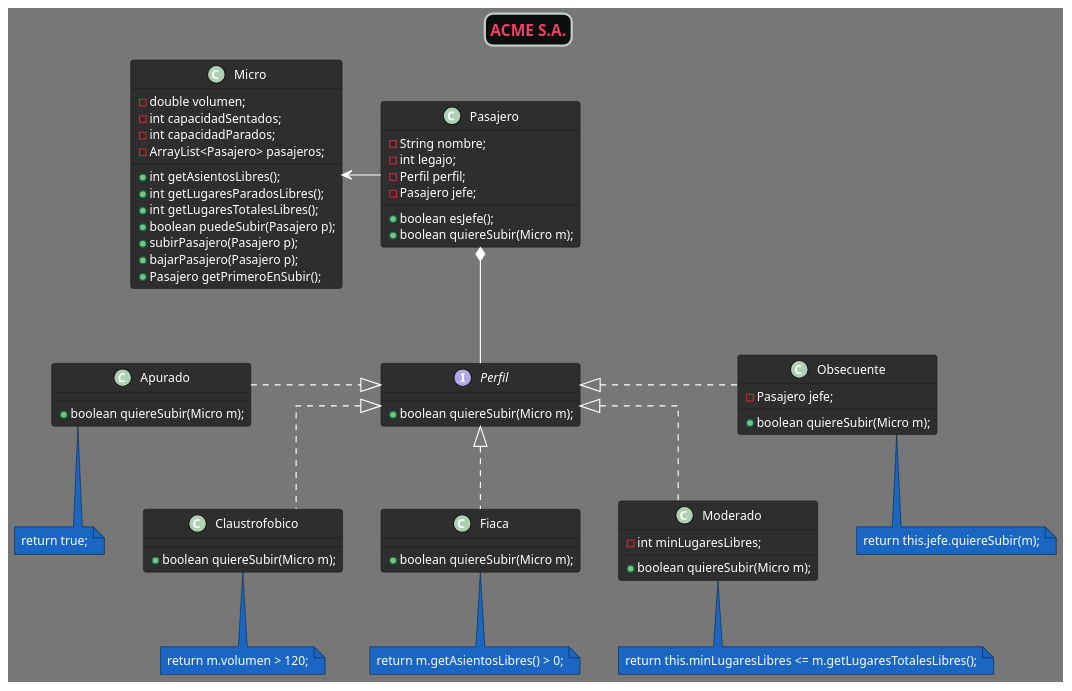
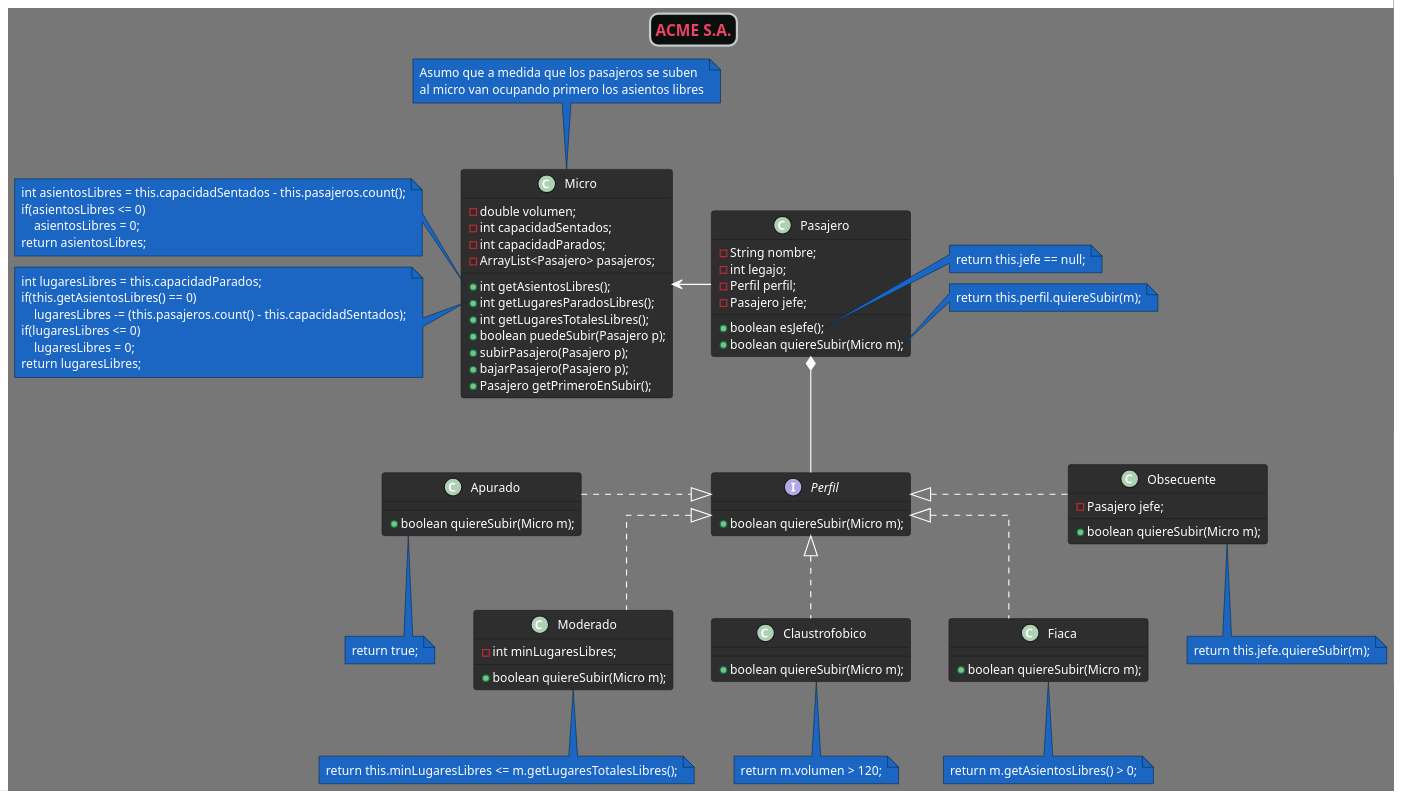
Before and after one commit to m-doce/ejercicios_utn: the diagram in EjercicioMicros/src/diagrama.puml, drawn with PlantUML.

Commit message:
Añadidas notas con funcionalidades sobre el diagrama

```diff
--- a/EjercicioMicros/src/diagrama.puml
+++ b/EjercicioMicros/src/diagrama.puml
@@ -1,92 +1,125 @@
 @startuml
 title "ACME S.A."
 !theme reddress-darkblue
 scale 1.3
 skinparam Linetype ortho
 skinparam titleBorderRoundCorner 15
 skinparam titleBorderThickness 2
 skinparam titleBorderColor #C4CBCA
 skinparam titleBackgroundColor #0A0F0D
 skinparam defaultFontColor #FFFFFF
 skinparam titleFontColor #EE4266
 
 
 
 class Micro {
     -double volumen;
     -int capacidadSentados;
     -int capacidadParados;
     -ArrayList<Pasajero> pasajeros;
 
     +int getAsientosLibres();
     +int getLugaresParadosLibres();
     +int getLugaresTotalesLibres();
     +boolean puedeSubir(Pasajero p);
     +subirPasajero(Pasajero p);
     +bajarPasajero(Pasajero p);
     +Pasajero getPrimeroEnSubir();
 }
 
 class Pasajero {
     -String nombre;
     -int legajo;
     -Perfil perfil;
     -Pasajero jefe;
 
     +boolean esJefe();
     +boolean quiereSubir(Micro m);
 }
 
 interface Perfil {
     +boolean quiereSubir(Micro m);
 }
 
 class Apurado {
     +boolean quiereSubir(Micro m);
 }
 
 class Claustrofobico {
     +boolean quiereSubir(Micro m);
 }
 
 class Fiaca {
     +boolean quiereSubir(Micro m);
 }
 
 class Moderado {
     -int minLugaresLibres;
 
     +boolean quiereSubir(Micro m);
 }
 
 class Obsecuente {
     -Pasajero jefe;
 
     +boolean quiereSubir(Micro m);
 }
 
 
 
 'Relaciones
 Pasajero -l-> Micro
 Pasajero *-- Perfil
 
 Perfil <|.l. Apurado
 Perfil <|.. Claustrofobico
 Perfil <|.. Fiaca
 Perfil <|.. Moderado
 Perfil <|.r. Obsecuente
 
 
 'Notas
+'Perfiles
 note bottom of Apurado: return true;
 
 note bottom of Claustrofobico: return m.volumen > 120;
 
 note bottom of Fiaca: return m.getAsientosLibres() > 0;
 
 note bottom of Moderado: return this.minLugaresLibres <= m.getLugaresTotalesLibres();
 
 note bottom of Obsecuente: return this.jefe.quiereSubir(m);
 
+'Pasajero
+note right of Pasajero::esJefe
+return this.jefe == null;
+endnote
+
+note right of Pasajero::quiereSubir
+return this.perfil.quiereSubir(m);
+endnote
+
+'Micro
+note as N1
+Asumo que a medida que los pasajeros se suben
+al micro van ocupando primero los asientos libres
+endnote
+Micro -u- N1
+
+note left of Micro::getAsientosLibres
+int asientosLibres = this.capacidadSentados - this.pasajeros.count();
+if(asientosLibres <= 0)
+    asientosLibres = 0;
+return asientosLibres;
+endnote
+
+note left of Micro::getLugaresParadosLibres
+int lugaresLibres = this.capacidadParados;
+if(this.getAsientosLibres() == 0)
+    lugaresLibres -= (this.pasajeros.count() - this.capacidadSentados);
+if(lugaresLibres <= 0)
+    lugaresLibres = 0;
+return lugaresLibres;
+endnote
+
 @enduml
```
